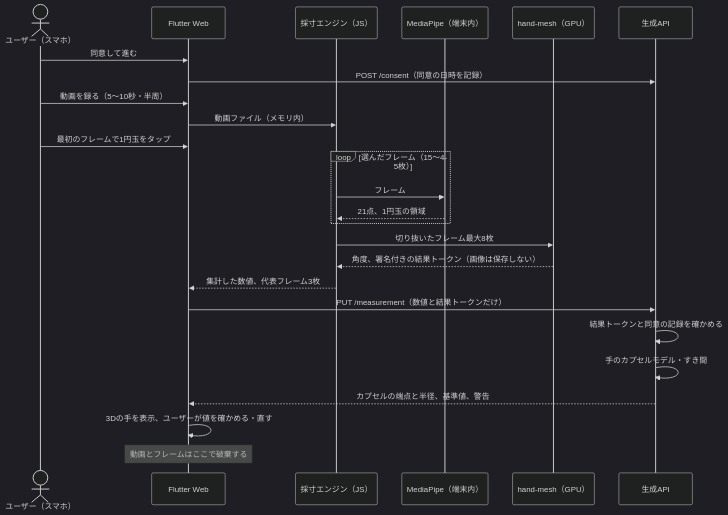
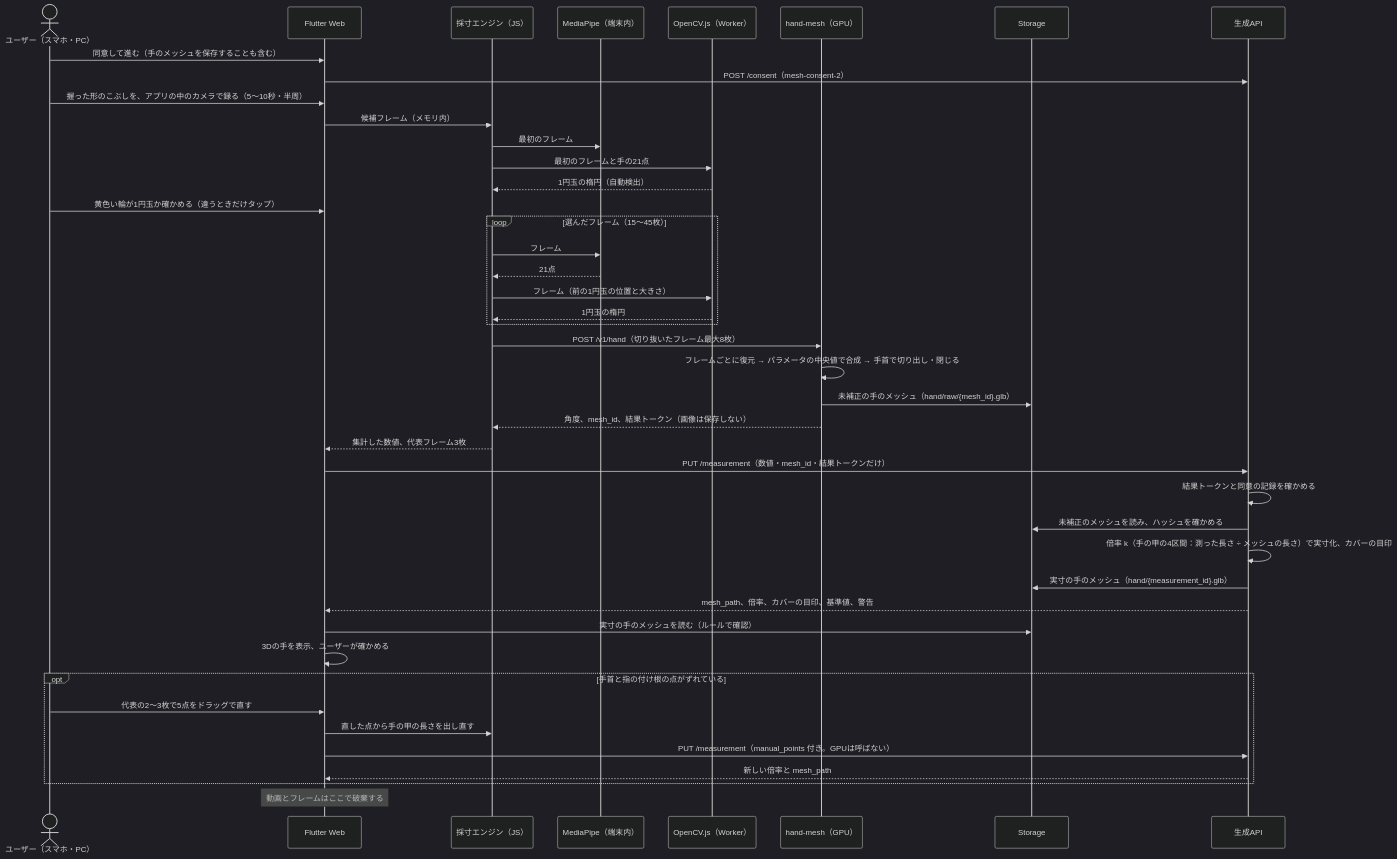
The second of 4 diagrams in docs/architecture.md (Devfest-Hackathon-2026/df-2026-t101), drawn with Mermaid (dark theme) before and after one commit. The commit also changed other lines of this file and 21 other files, not shown here.

````diff
--- a/docs/architecture.md
+++ b/docs/architecture.md
@@ -82,27 +89,45 @@
 ```mermaid
 sequenceDiagram
-  actor U as ユーザー（スマホ）
+  actor U as ユーザー（スマホ・PC）
   participant App as Flutter Web
   participant EN as 採寸エンジン（JS）
   participant MP as MediaPipe（端末内）
+  participant CV as OpenCV.js（Worker）
   participant HM as hand-mesh（GPU）
+  participant ST as Storage
   participant API as 生成API
-  U->>App: 同意して進む
-  App->>API: POST /consent（同意の日時を記録）
-  U->>App: 動画を録る（5〜10秒・半周）
-  App->>EN: 動画ファイル（メモリ内）
-  U->>App: 最初のフレームで1円玉をタップ
+  U->>App: 同意して進む（手のメッシュを保存することも含む）
+  App->>API: POST /consent（mesh-consent-2）
+  U->>App: 握った形のこぶしを、アプリの中のカメラで録る（5〜10秒・半周）
+  App->>EN: 候補フレーム（メモリ内）
+  EN->>MP: 最初のフレーム
+  EN->>CV: 最初のフレームと手の21点
+  CV-->>EN: 1円玉の楕円（自動検出）
+  U->>App: 黄色い輪が1円玉か確かめる（違うときだけタップ）
   loop 選んだフレーム（15〜45枚）
     EN->>MP: フレーム
-    MP-->>EN: 21点、1円玉の領域
+    MP-->>EN: 21点
+    EN->>CV: フレーム（前の1円玉の位置と大きさ）
+    CV-->>EN: 1円玉の楕円
   end
-  EN->>HM: 切り抜いたフレーム最大8枚
-  HM-->>EN: 角度、署名付きの結果トークン（画像は保存しない）
+  EN->>HM: POST /v1/hand（切り抜いたフレーム最大8枚）
+  HM->>HM: フレームごとに復元 → パラメータの中央値で合成 → 手首で切り出し・閉じる
+  HM->>ST: 未補正の手のメッシュ（hand/raw/{mesh_id}.glb）
+  HM-->>EN: 角度、mesh_id、結果トークン（画像は保存しない）
   EN-->>App: 集計した数値、代表フレーム3枚
-  App->>API: PUT /measurement（数値と結果トークンだけ）
+  App->>API: PUT /measurement（数値・mesh_id・結果トークンだけ）
   API->>API: 結果トークンと同意の記録を確かめる
-  API->>API: 手のカプセルモデル・すき間
-  API-->>App: カプセルの端点と半径、基準値、警告
-  App->>App: 3Dの手を表示、ユーザーが値を確かめる・直す
+  API->>ST: 未補正のメッシュを読み、ハッシュを確かめる
+  API->>API: 倍率 k（手の甲の4区間：測った長さ ÷ メッシュの長さ）で実寸化、カバーの目印
+  API->>ST: 実寸の手のメッシュ（hand/{measurement_id}.glb）
+  API-->>App: mesh_path、倍率、カバーの目印、基準値、警告
+  App->>ST: 実寸の手のメッシュを読む（ルールで確認）
+  App->>App: 3Dの手を表示、ユーザーが確かめる
+  opt 手首と指の付け根の点がずれている
+    U->>App: 代表の2〜3枚で5点をドラッグで直す
+    App->>EN: 直した点から手の甲の長さを出し直す
+    App->>API: PUT /measurement（manual_points 付き。GPUは呼ばない）
+    API-->>App: 新しい倍率と mesh_path
+  end
   Note over App: 動画とフレームはここで破棄する
 ```
````
